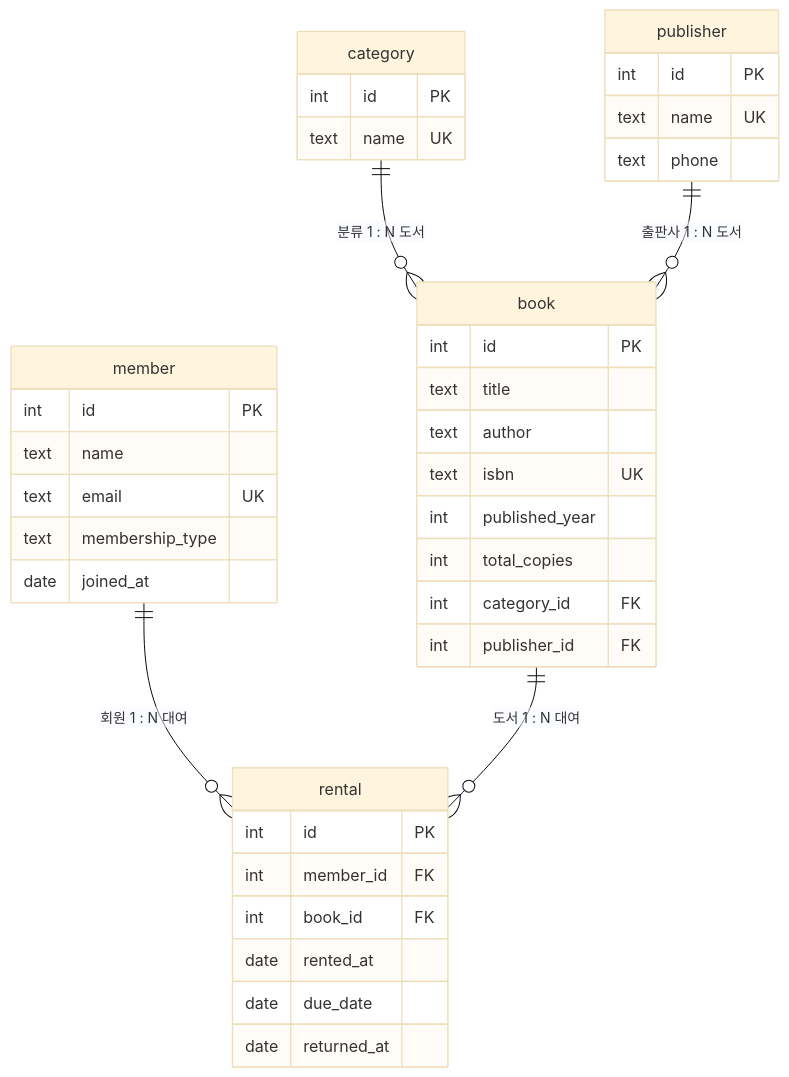
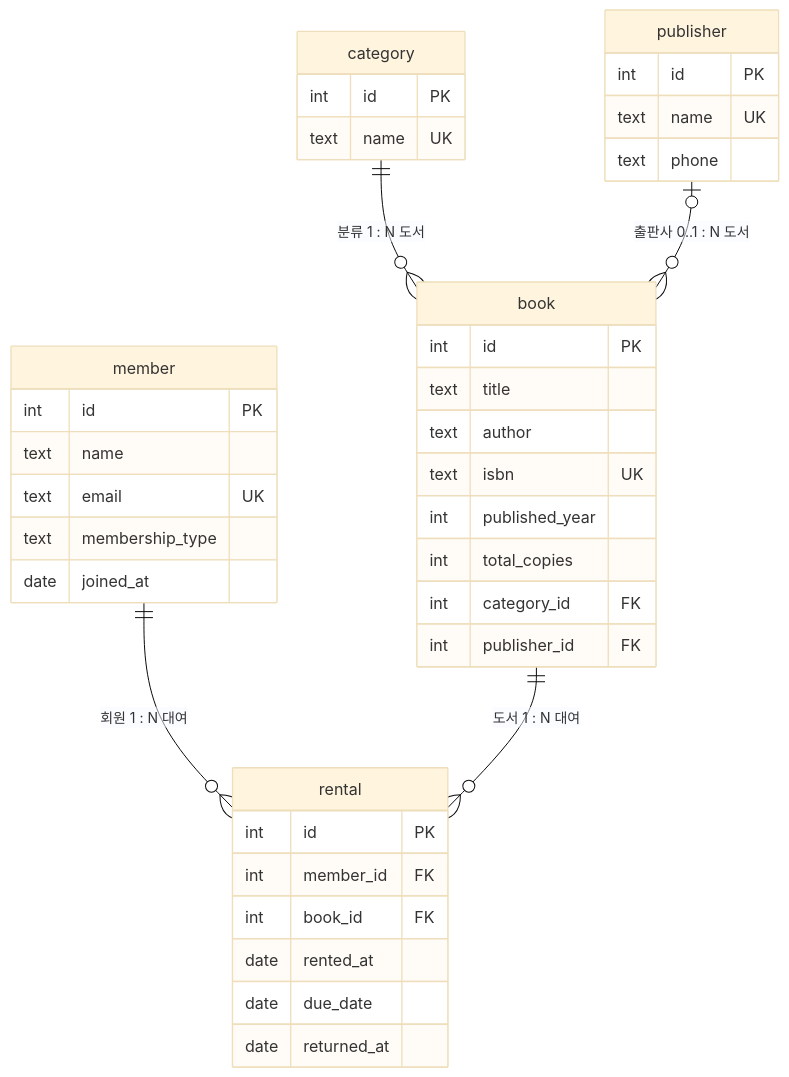
The diagram in b5-1/README.md (seven2762/Codyssey-workstation), drawn with Mermaid (base theme) before and after one commit.

Commit message:
docs: fix ERD publisher cardinality to zero-or-one
book.publisher_id is nullable (미상 허용), so a book has zero or one
publisher. Change the ERD relation from ||--o{ to |o--o{ to match.

````diff
--- a/b5-1/README.md
+++ b/b5-1/README.md
@@ -36,42 +36,42 @@
 ```mermaid
 erDiagram
     category  ||--o{ book   : "분류 1 : N 도서"
-    publisher ||--o{ book   : "출판사 1 : N 도서"
+    publisher |o--o{ book   : "출판사 0..1 : N 도서"
     member    ||--o{ rental : "회원 1 : N 대여"
     book      ||--o{ rental : "도서 1 : N 대여"
 
     category {
         int  id PK
         text name UK
     }
     publisher {
         int  id PK
         text name UK
         text phone
     }
     member {
         int  id PK
         text name
         text email UK
         text membership_type
         date joined_at
     }
     book {
         int  id PK
         text title
         text author
         text isbn UK
         int  published_year
         int  total_copies
         int  category_id FK
         int  publisher_id FK
     }
     rental {
         int  id PK
         int  member_id FK
         int  book_id FK
         date rented_at
         date due_date
         date returned_at
     }
 ```
````
